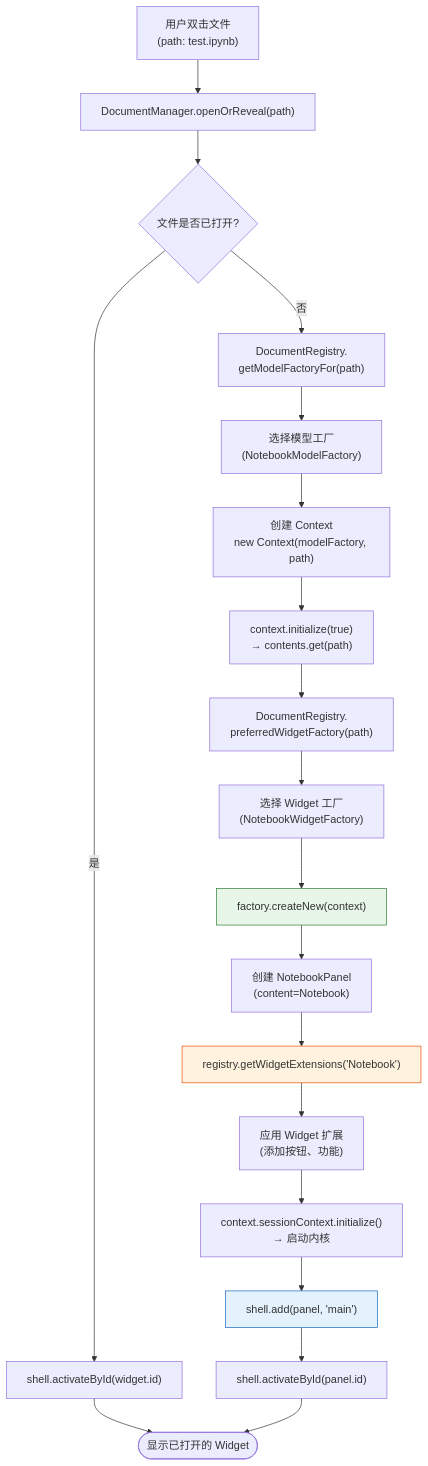
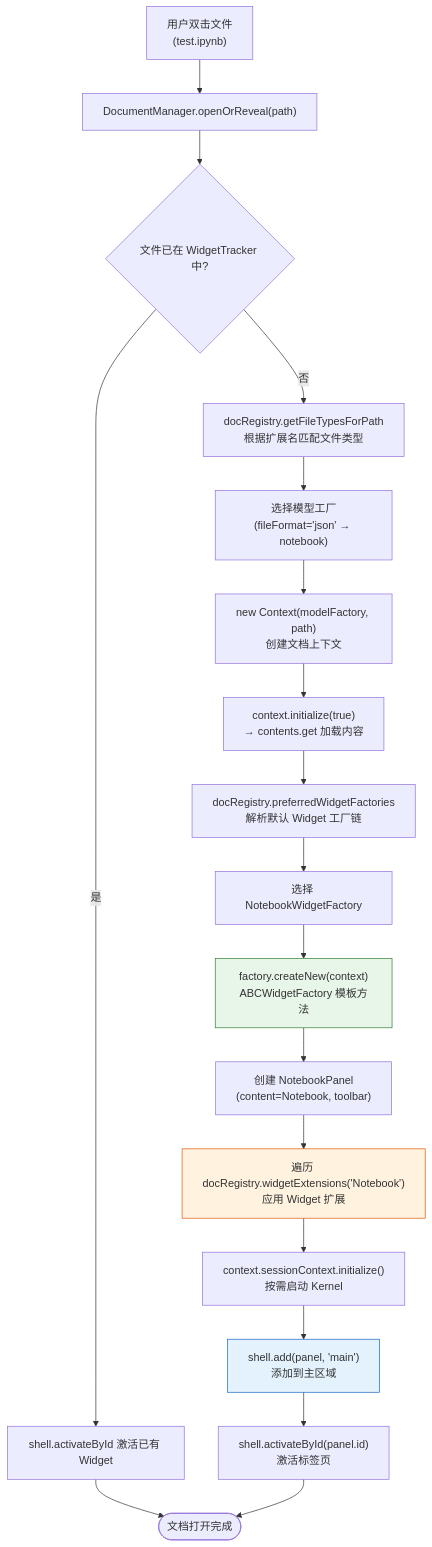
One commit to awesome-flexloop/awesome-okf changed the diagram in bundles/jupyter/jupyterlab/concepts/05-document-widget-system.md. Above: the diagram before and after it, drawn with Mermaid. The commit also changed other lines of this file and 815 other files, not shown here.

````diff
--- a/bundles/jupyter/jupyterlab/concepts/05-document-widget-system.md
+++ b/bundles/jupyter/jupyterlab/concepts/05-document-widget-system.md
@@ -252,25 +124,24 @@
 ```mermaid
 flowchart TB
-    A["用户双击文件<br/>(path: test.ipynb)"] --> B["DocumentManager.openOrReveal(path)"]
-    B --> C{"文件是否已打开?"}
-    C -->|"是"| D["shell.activateById(widget.id)"]
-    C -->|"否"| E["DocumentRegistry.<br/>getModelFactoryFor(path)"]
-    E --> F["选择模型工厂<br/>(NotebookModelFactory)"]
-    F --> G["创建 Context<br/>new Context(modelFactory, path)"]
-    G --> H["context.initialize(true)<br/>→ contents.get(path)"]
-    H --> I["DocumentRegistry.<br/>preferredWidgetFactory(path)"]
-    I --> J["选择 Widget 工厂<br/>(NotebookWidgetFactory)"]
-    J --> K["factory.createNew(context)"]
-    K --> L["创建 NotebookPanel<br/>(content=Notebook)"]
-    L --> M["registry.getWidgetExtensions('Notebook')"]
-    M --> N["应用 Widget 扩展<br/>(添加按钮、功能)"]
-    N --> O["context.sessionContext.initialize()<br/>→ 启动内核"]
-    O --> P["shell.add(panel, 'main')"]
-    P --> Q["shell.activateById(panel.id)"]
-    D --> R(["显示已打开的 Widget"])
-    Q --> R
+    A["用户双击文件<br/>(test.ipynb)"] --> B["DocumentManager.openOrReveal(path)"]
+    B --> C{"文件已在 WidgetTracker 中?"}
+    C -->|"是"| D["shell.activateById 激活已有 Widget"]
+    C -->|"否"| E["docRegistry.getFileTypesForPath<br/>根据扩展名匹配文件类型"]
+    E --> F["选择模型工厂<br/>(fileFormat='json' → notebook)"]
+    F --> G["new Context(modelFactory, path)<br/>创建文档上下文"]
+    G --> H["context.initialize(true)<br/>→ contents.get 加载内容"]
+    H --> I["docRegistry.preferredWidgetFactories<br/>解析默认 Widget 工厂链"]
+    I --> J["选择 NotebookWidgetFactory"]
+    J --> K["factory.createNew(context)<br/>ABCWidgetFactory 模板方法"]
+    K --> L["创建 NotebookPanel<br/>(content=Notebook, toolbar)"]
+    L --> M["遍历 docRegistry.widgetExtensions('Notebook')<br/>应用 Widget 扩展"]
+    M --> N["context.sessionContext.initialize()<br/>按需启动 Kernel"]
+    N --> O["shell.add(panel, 'main')<br/>添加到主区域"]
+    O --> P["shell.activateById(panel.id)<br/>激活标签页"]
+    D --> Q(["文档打开完成"])
+    P --> Q
 
     style K fill:#e8f5e9,stroke:#2e7d32
     style M fill:#fff3e0,stroke:#e65100
-    style P fill:#e3f2fd,stroke:#1565c0
+    style O fill:#e3f2fd,stroke:#1565c0
 ```
````
